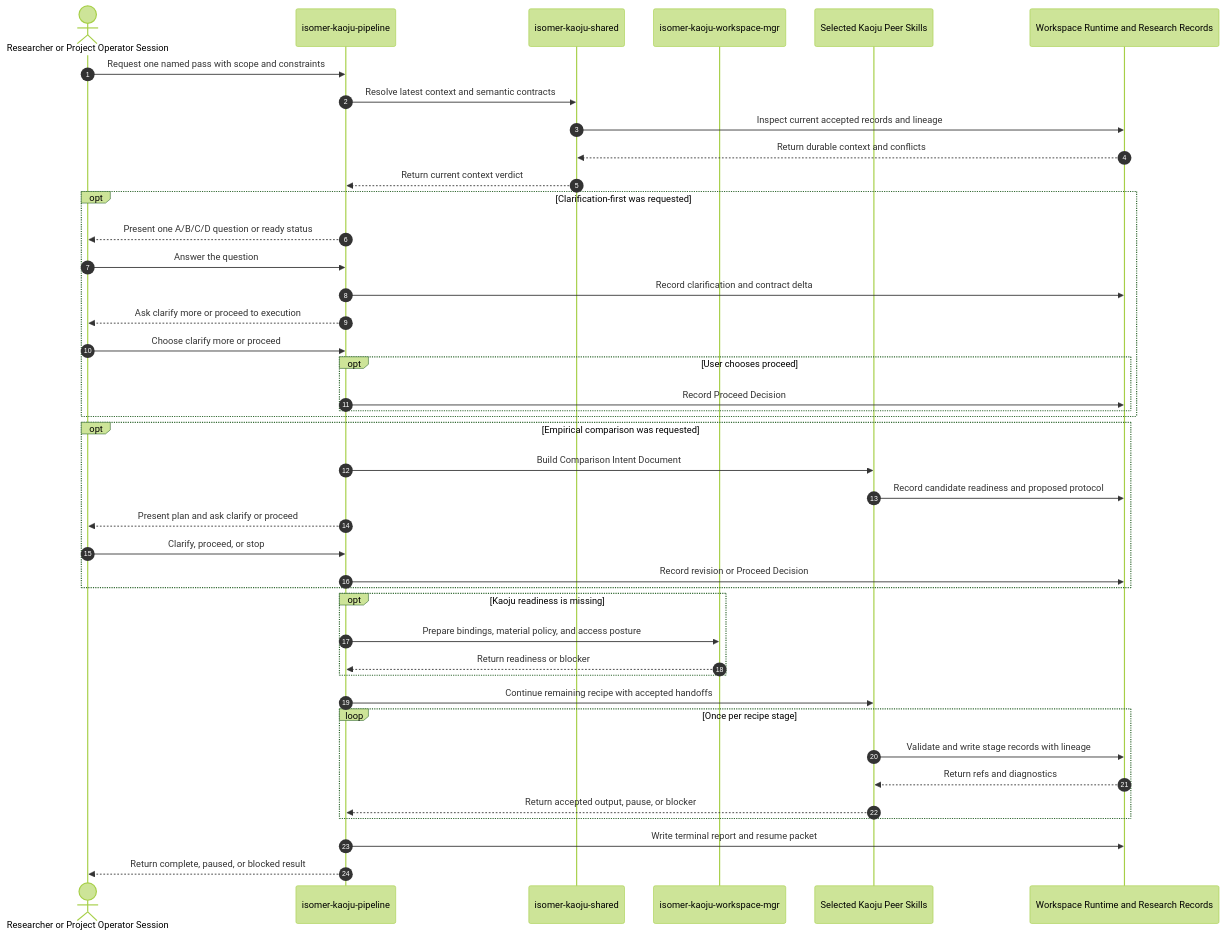
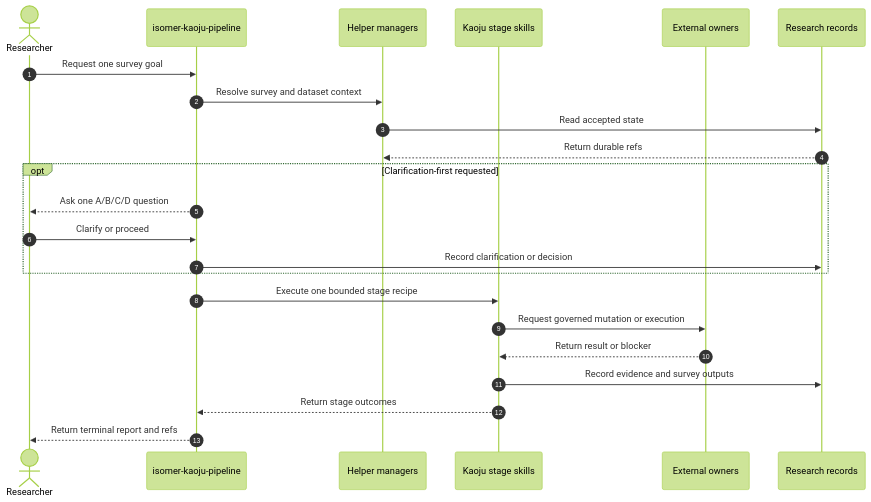
The diagram in context/features/2026-07-10-kaoju-research-extension/design/isomer-kaoju-pipeline/design-overview.md (CodeGandee/isomer-labs), drawn with Mermaid (forest theme) before and after one commit. The commit also changed other lines of this file and 62 other files, not shown here.

Commit message:
feat: add kaoju research extension

````diff
--- a/context/features/2026-07-10-kaoju-research-extension/design/isomer-kaoju-pipeline/design-overview.md
+++ b/context/features/2026-07-10-kaoju-research-extension/design/isomer-kaoju-pipeline/design-overview.md
@@ -157,45 +127,26 @@
 ```mermaid
 sequenceDiagram
   autonumber
-  actor User as Researcher or Project Operator Session
-  participant Pipeline as isomer-kaoju-pipeline
-  participant Shared as isomer-kaoju-shared
-  participant Workspace as isomer-kaoju-workspace-mgr
-  participant Stages as Selected Kaoju Peer Skills
-  participant Records as Workspace Runtime and Research Records
+  actor U as Researcher
+  participant P as isomer-kaoju-pipeline
+  participant H as Helper managers
+  participant S as Kaoju stage skills
+  participant O as External owners
+  participant R as Research records
 
-  User->>Pipeline: Request one named pass with scope and constraints
-  Pipeline->>Shared: Resolve latest context and semantic contracts
-  Shared->>Records: Inspect current accepted records and lineage
-  Records-->>Shared: Return durable context and conflicts
-  Shared-->>Pipeline: Return current context verdict
-  opt Clarification-first was requested
-    Pipeline-->>User: Present one A/B/C/D question or ready status
-    User->>Pipeline: Answer the question
-    Pipeline->>Records: Record clarification and contract delta
-    Pipeline-->>User: Ask clarify more or proceed to execution
-    User->>Pipeline: Choose clarify more or proceed
-    opt User chooses proceed
-      Pipeline->>Records: Record Proceed Decision
-    end
+  U->>P: Request one survey goal
+  P->>H: Resolve survey and dataset context
+  H->>R: Read accepted state
+  R-->>H: Return durable refs
+  opt Clarification-first requested
+    P-->>U: Ask one A/B/C/D question
+    U->>P: Clarify or proceed
+    P->>R: Record clarification or decision
   end
-  opt Empirical comparison was requested
-    Pipeline->>Stages: Build Comparison Intent Document
-    Stages->>Records: Record candidate readiness and proposed protocol
-    Pipeline-->>User: Present plan and ask clarify or proceed
-    User->>Pipeline: Clarify, proceed, or stop
-    Pipeline->>Records: Record revision or Proceed Decision
-  end
-  opt Kaoju readiness is missing
-    Pipeline->>Workspace: Prepare bindings, material policy, and access posture
-    Workspace-->>Pipeline: Return readiness or blocker
-  end
-  Pipeline->>Stages: Continue remaining recipe with accepted handoffs
-  loop Once per recipe stage
-    Stages->>Records: Validate and write stage records with lineage
-    Records-->>Stages: Return refs and diagnostics
-    Stages-->>Pipeline: Return accepted output, pause, or blocker
-  end
-  Pipeline->>Records: Write terminal report and resume packet
-  Pipeline-->>User: Return complete, paused, or blocked result
+  P->>S: Execute one bounded stage recipe
+  S->>O: Request governed mutation or execution
+  O-->>S: Return result or blocker
+  S->>R: Record evidence and survey outputs
+  S-->>P: Return stage outcomes
+  P-->>U: Return terminal report and refs
 ```
````
